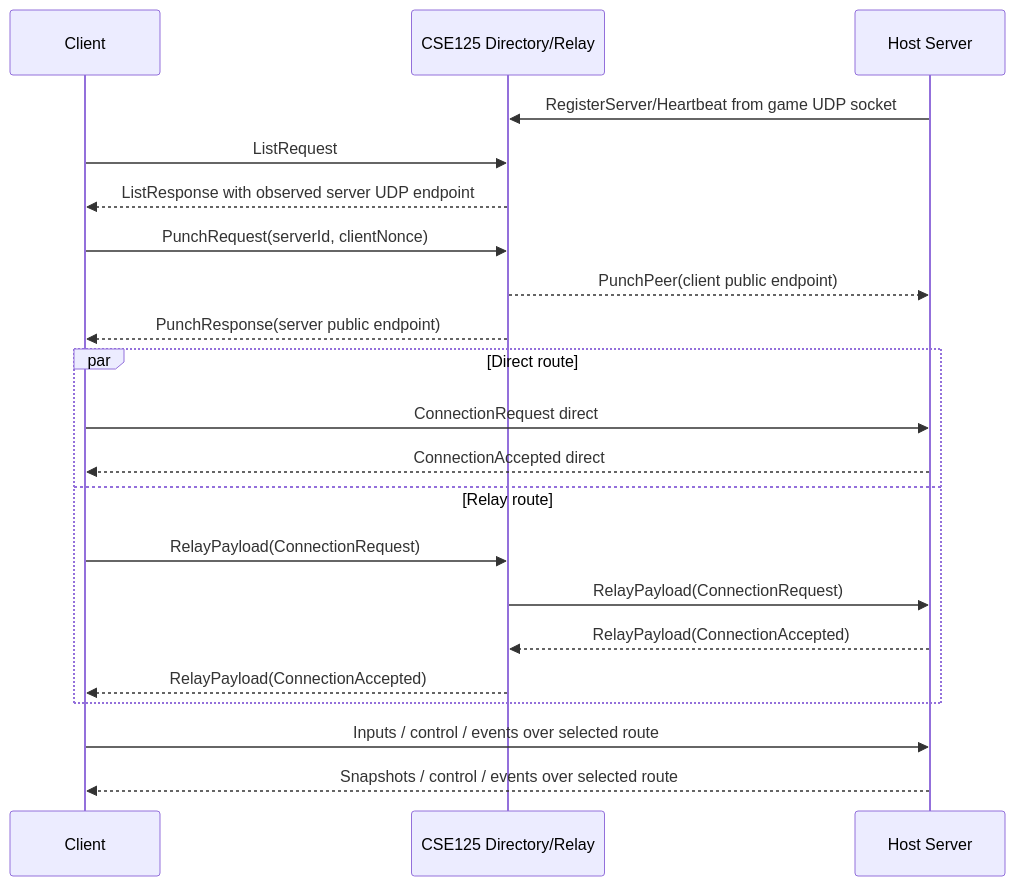
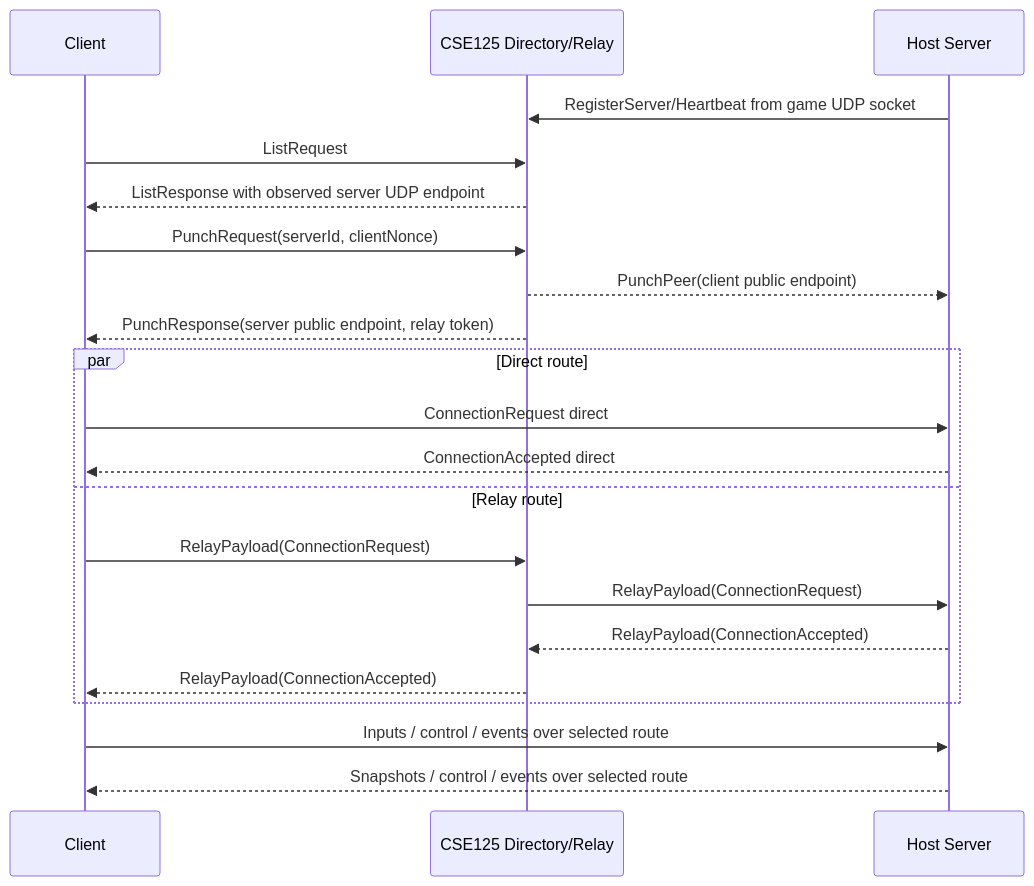
The second of 2 diagrams in docs/networking.md (ucsd-cse125-sp26/group2), drawn with Mermaid before and after one commit. The commit also changed other lines of this file and 10 other files, not shown here.

````diff
--- a/docs/networking.md
+++ b/docs/networking.md
@@ -118,24 +119,24 @@
 ```mermaid
 sequenceDiagram
   participant C as Client
   participant D as CSE125 Directory/Relay
   participant S as Host Server
 
   S->>D: RegisterServer/Heartbeat from game UDP socket
   C->>D: ListRequest
   D-->>C: ListResponse with observed server UDP endpoint
   C->>D: PunchRequest(serverId, clientNonce)
   D-->>S: PunchPeer(client public endpoint)
-  D-->>C: PunchResponse(server public endpoint)
+  D-->>C: PunchResponse(server public endpoint, relay token)
   par Direct route
     C->>S: ConnectionRequest direct
     S-->>C: ConnectionAccepted direct
   and Relay route
     C->>D: RelayPayload(ConnectionRequest)
     D->>S: RelayPayload(ConnectionRequest)
     S-->>D: RelayPayload(ConnectionAccepted)
     D-->>C: RelayPayload(ConnectionAccepted)
   end
   C->>S: Inputs / control / events over selected route
   S-->>C: Snapshots / control / events over selected route
 ```
````
